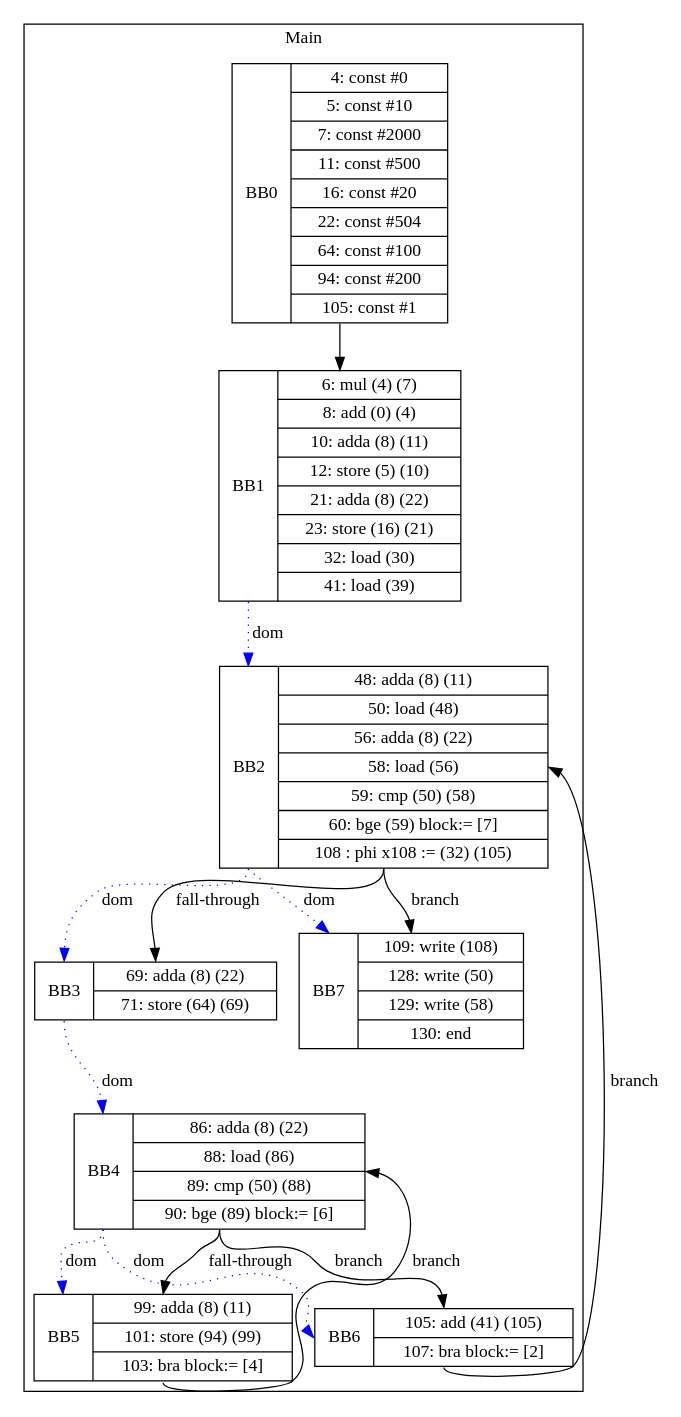
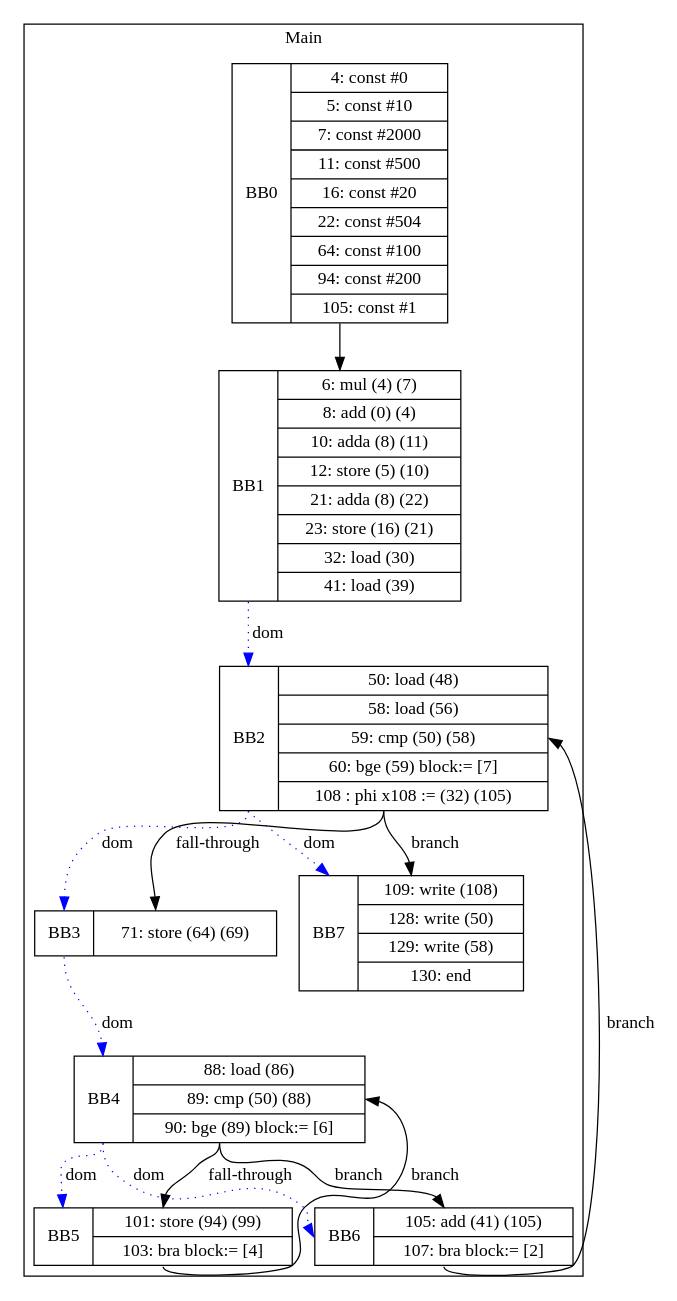
Before and after one commit to zjc664656505/UCI-CS241-Advanced-Compiler-main: the diagram in visualization/Hongyu/array/array_nestedWhile.gv, drawn with Graphviz. The commit also changed 12 other files, not shown here.

```diff
--- a/visualization/Hongyu/array/array_nestedWhile.gv
+++ b/visualization/Hongyu/array/array_nestedWhile.gv
@@ -1,27 +1,27 @@
 digraph G {
 node [shape=record];
 subgraph cluster_main{
 label = "Main";
 BB0 [shape=record, label="<b>BB0|{4: const #0|5: const #10|7: const #2000|11: const #500|16: const #20|22: const #504|64: const #100|94: const #200|105: const #1}"];
 BB1 [shape=record, label="<b>BB1|{6: mul (4) (7)|8: add (0) (4)|10: adda (8) (11)|12: store (5) (10)|21: adda (8) (22)|23: store (16) (21)|32: load (30)|41: load (39)}"];
-BB2 [shape=record, label="<b>BB2|{48: adda (8) (11)|50: load (48)|56: adda (8) (22)|58: load (56)|59: cmp (50) (58)|60: bge (59) block:= [7]|108 : phi x108 := (32) (105)}"];
-BB3 [shape=record, label="<b>BB3|{69: adda (8) (22)|71: store (64) (69)}"];
-BB4 [shape=record, label="<b>BB4|{86: adda (8) (22)|88: load (86)|89: cmp (50) (88)|90: bge (89) block:= [6]}"];
-BB5 [shape=record, label="<b>BB5|{99: adda (8) (11)|101: store (94) (99)|103: bra block:= [4]}"];
+BB2 [shape=record, label="<b>BB2|{50: load (48)|58: load (56)|59: cmp (50) (58)|60: bge (59) block:= [7]|108 : phi x108 := (32) (105)}"];
+BB3 [shape=record, label="<b>BB3|{71: store (64) (69)}"];
+BB4 [shape=record, label="<b>BB4|{88: load (86)|89: cmp (50) (88)|90: bge (89) block:= [6]}"];
+BB5 [shape=record, label="<b>BB5|{101: store (94) (99)|103: bra block:= [4]}"];
 BB6 [shape=record, label="<b>BB6|{105: add (41) (105)|107: bra block:= [2]}"];
 BB7 [shape=record, label="<b>BB7|{109: write (108)|128: write (50)|129: write (58)|130: end}"];
 }
 BB0:s -> BB1:n ;
 BB1:b -> BB2:b [color=blue, style=dotted, label="dom"];
 BB3:b -> BB4:b [color=blue, style=dotted, label="dom"];
 BB2:b -> BB7:b [color=blue, style=dotted, label="dom"];
 BB4:b -> BB6:b [color=blue, style=dotted, label="dom"];
 BB2:b -> BB3:b [color=blue, style=dotted, label="dom"];
 BB4:b -> BB5:b [color=blue, style=dotted, label="dom"];
 BB4:s -> BB6:n [label="branch"];
 BB2:s -> BB7:n [label="branch"];
 BB6:s -> BB2:e [label="branch"];
 BB5:s -> BB4:e [label="branch"];
 BB2:s -> BB3:n [label="fall-through"];
 BB4:s -> BB5:n [label="fall-through"];
 }
```
